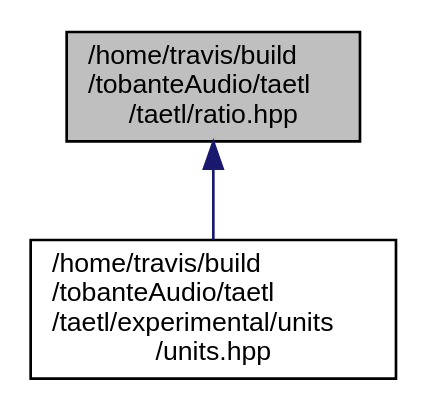
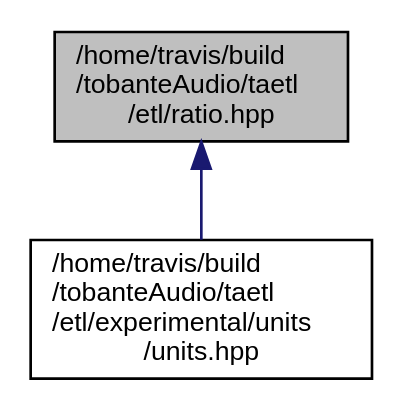
One commit to tobanteAudio/taetl changed the diagram in ratio_8hpp__dep__incl.dot. Above: the diagram before and after it, drawn with Graphviz. The commit also changed 915 other files, not shown here.

Commit message:
Deploy tobanteAudio/taetl to github.com/tobanteAudio/taetl.git:gh-pages

```diff
--- a/ratio_8hpp__dep__incl.dot
+++ b/ratio_8hpp__dep__incl.dot
@@ -1,8 +1,8 @@
-digraph "/home/travis/build/tobanteAudio/taetl/taetl/ratio.hpp"
+digraph "/home/travis/build/tobanteAudio/taetl/etl/ratio.hpp"
 {
   edge [fontname="Helvetica",fontsize="10",labelfontname="Helvetica",labelfontsize="10"];
   node [fontname="Helvetica",fontsize="10",shape=record];
-  Node9 [label="/home/travis/build\l/tobanteAudio/taetl\l/taetl/ratio.hpp",height=0.2,width=0.4,color="black", fillcolor="grey75", style="filled", fontcolor="black"];
+  Node9 [label="/home/travis/build\l/tobanteAudio/taetl\l/etl/ratio.hpp",height=0.2,width=0.4,color="black", fillcolor="grey75", style="filled", fontcolor="black"];
   Node9 -> Node10 [dir="back",color="midnightblue",fontsize="10",style="solid",fontname="Helvetica"];
-  Node10 [label="/home/travis/build\l/tobanteAudio/taetl\l/taetl/experimental/units\l/units.hpp",height=0.2,width=0.4,color="black", fillcolor="white", style="filled",URL="$units_8hpp.html"];
+  Node10 [label="/home/travis/build\l/tobanteAudio/taetl\l/etl/experimental/units\l/units.hpp",height=0.2,width=0.4,color="black", fillcolor="white", style="filled",URL="$units_8hpp.html"];
 }
```
